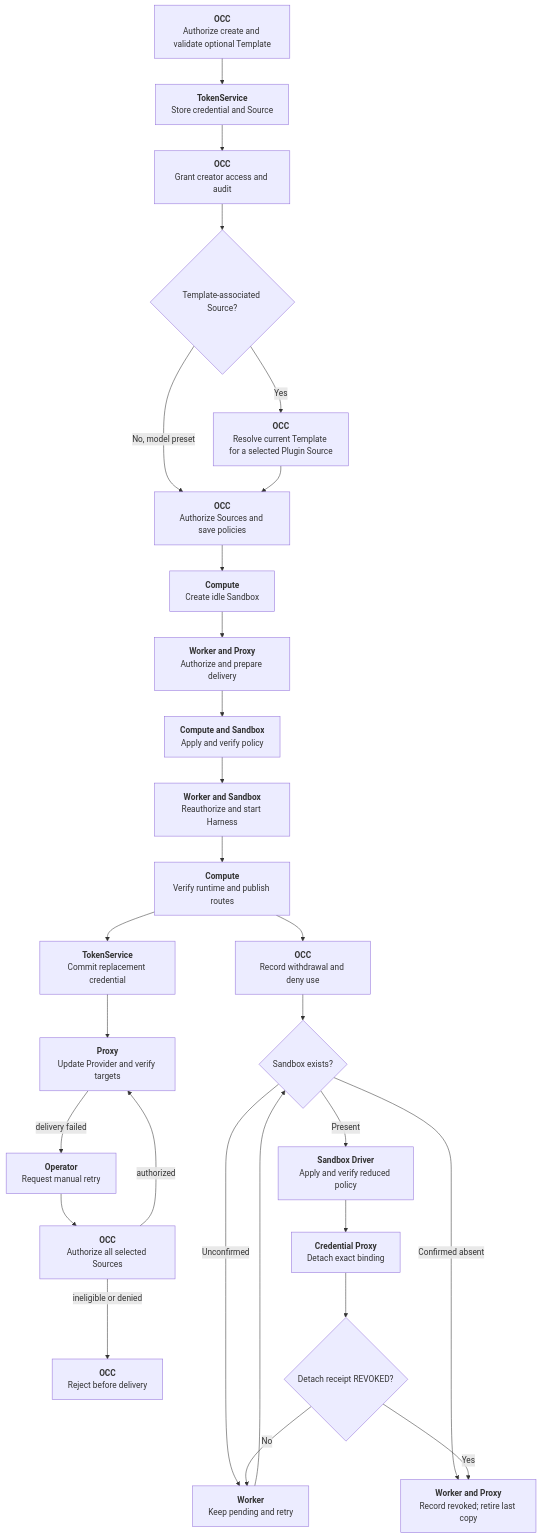
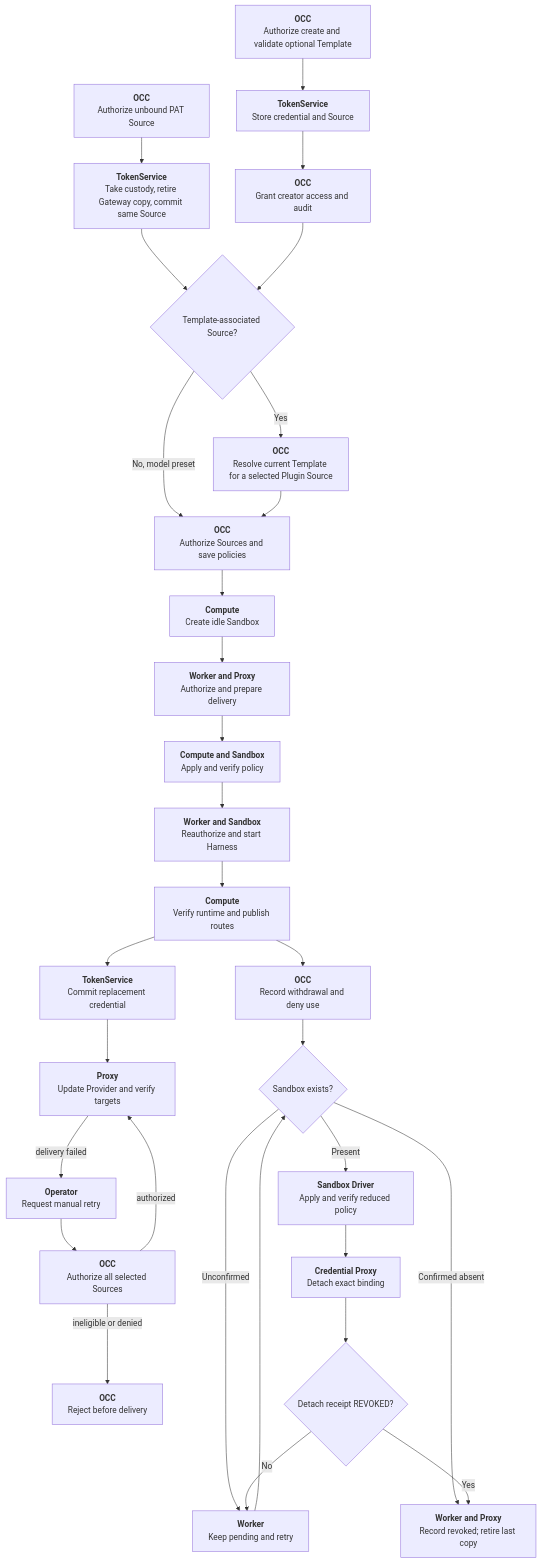
One commit to openclaw/openclaw-enterprise changed the diagram in docs/flows/credential-source-lifecycle.md. Above: the diagram before and after it, drawn with Mermaid. The commit also changed other lines of this file and 130 other files, not shown here.

Commit message:
Join TokenService Clients and native Git Source delivery

````diff
--- a/docs/flows/credential-source-lifecycle.md
+++ b/docs/flows/credential-source-lifecycle.md
@@ -23,30 +23,32 @@
 ```mermaid
 graph TD
   Select["<b>OCC</b><br/>Authorize create and validate optional Template"] --> Register["<b>TokenService</b><br/>Store credential and Source"]
   Register --> Associate["<b>OCC</b><br/>Grant creator access and audit"]
+  Adopt["<b>OCC</b><br/>Authorize unbound PAT Source"] --> Transfer["<b>TokenService</b><br/>Take custody, retire Gateway copy, commit same Source"]
+  Transfer --> Kind
   Associate --> Kind{"Template-associated Source?"}
   Kind -->|Yes| Discover["<b>OCC</b><br/>Resolve current Template for a selected Plugin Source"]
   Kind -->|No, model preset| Admit["<b>OCC</b><br/>Authorize Sources and save policies"]
   Discover --> Admit
   Admit --> Target["<b>Compute</b><br/>Create idle Sandbox"]
   Target --> Delivery["<b>Worker and Proxy</b><br/>Authorize and prepare delivery"]
   Delivery --> Ready["<b>Compute and Sandbox</b><br/>Apply and verify policy"]
   Ready --> Activate["<b>Worker and Sandbox</b><br/>Reauthorize and start Harness"]
   Activate --> Traffic["<b>Compute</b><br/>Verify runtime and publish routes"]
   Traffic --> Update["<b>TokenService</b><br/>Commit replacement credential"]
   Update --> Notify["<b>Proxy</b><br/>Update Provider and verify targets"]
   Notify -->|delivery failed| Retry["<b>Operator</b><br/>Request manual retry"]
   Retry --> Preflight["<b>OCC</b><br/>Authorize all selected Sources"]
   Preflight -->|authorized| Notify
   Preflight -->|ineligible or denied| Reject["<b>OCC</b><br/>Reject before delivery"]
   Traffic --> Deny["<b>OCC</b><br/>Record withdrawal and deny use"]
   Deny --> WithdrawalTarget{"Sandbox exists?"}
   WithdrawalTarget -->|Present| Policy["<b>Sandbox Driver</b><br/>Apply and verify reduced policy"]
   WithdrawalTarget -->|Confirmed absent| Complete
   WithdrawalTarget -->|Unconfirmed| Pending
   Policy --> Detach["<b>Credential Proxy</b><br/>Detach exact binding"]
   Detach --> Receipt{"Detach receipt REVOKED?"}
   Receipt -->|No| Pending["<b>Worker</b><br/>Keep pending and retry"]
   Pending --> WithdrawalTarget
   Receipt -->|Yes| Complete["<b>Worker and Proxy</b><br/>Record revoked; retire last copy"]
 ```
````
